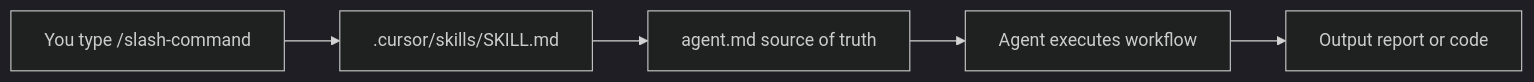
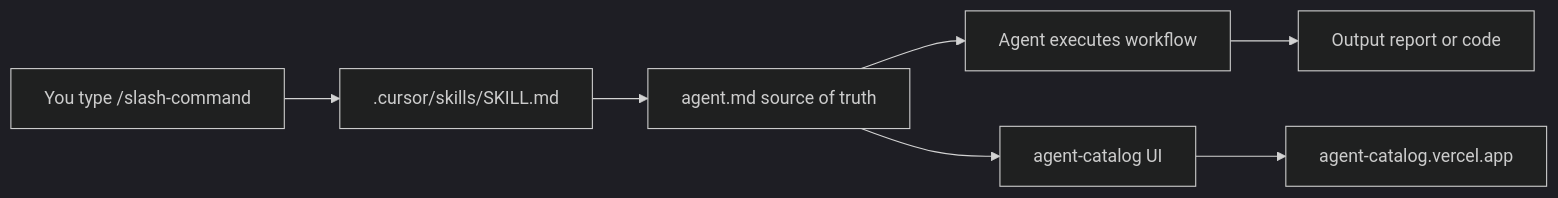
One commit to Rohitverma9569/AI-Agent-Tasks_Rohit_Verma changed the diagram in docs/README.md. Above: the diagram before and after it, drawn with Mermaid (dark theme). The commit also changed other lines of this file and 38 other files, not shown here.

````diff
--- a/docs/README.md
+++ b/docs/README.md
@@ -83,7 +173,9 @@
 ```mermaid
 flowchart LR
     A[You type /slash-command] --> B[.cursor/skills/SKILL.md]
     B --> C[agent.md source of truth]
     C --> D[Agent executes workflow]
     D --> E[Output report or code]
+    C --> F[agent-catalog UI]
+    F --> G[agent-catalog.vercel.app]
 ```
````
